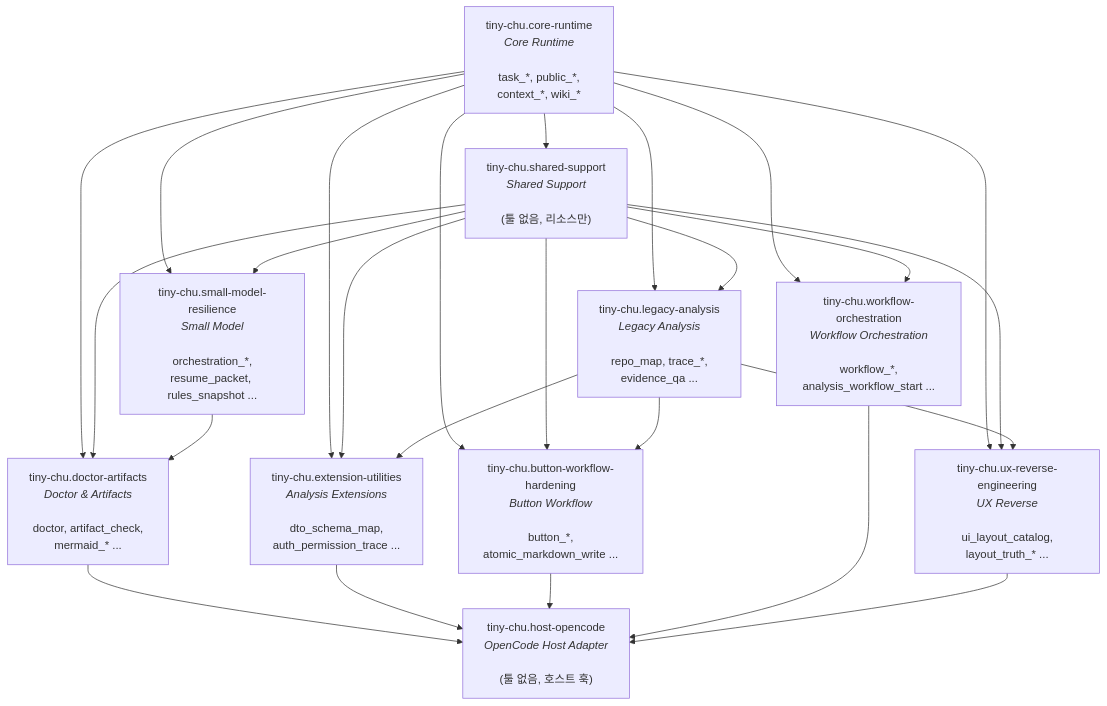
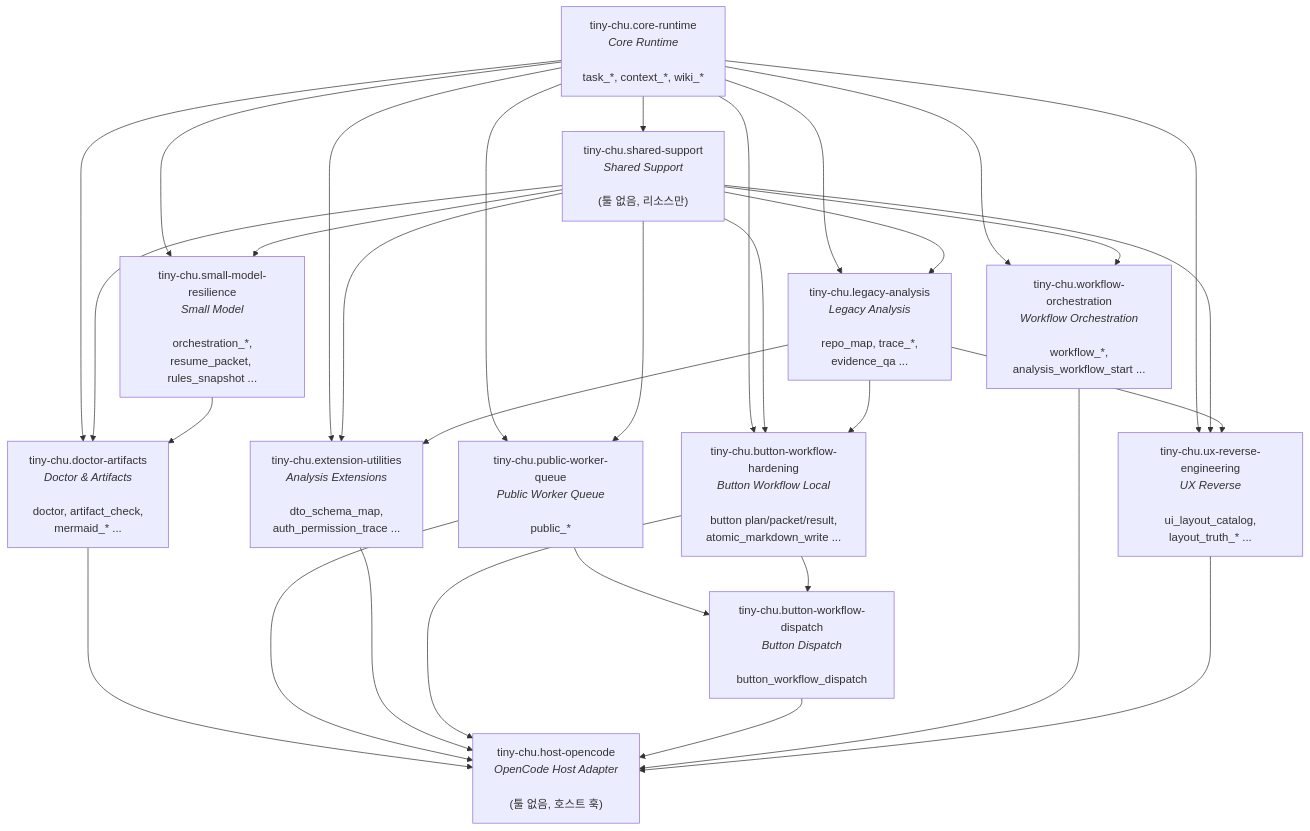
One commit to WonderRabbit/Tiny-Chu changed the diagram in docs/architecture/03-feature-packages.md. Above: the diagram before and after it, drawn with Mermaid. The commit also changed other lines of this file and 41 other files, not shown here.

First line of the commit message:
feat(opencode): add Tiny-Chu status dashboard

````diff
--- a/docs/architecture/03-feature-packages.md
+++ b/docs/architecture/03-feature-packages.md
@@ -48,38 +48,46 @@
 ```mermaid
 flowchart TD
-    core["tiny-chu.core-runtime<br/><i>Core Runtime</i><br/><br/>task_*, public_*,<br/>context_*, wiki_*"]
+    core["tiny-chu.core-runtime<br/><i>Core Runtime</i><br/><br/>task_*, context_*, wiki_*"]
+    public["tiny-chu.public-worker-queue<br/><i>Public Worker Queue</i><br/><br/>public_*"]
     support["tiny-chu.shared-support<br/><i>Shared Support</i><br/><br/>(툴 없음, 리소스만)"]
     legacy["tiny-chu.legacy-analysis<br/><i>Legacy Analysis</i><br/><br/>repo_map, trace_*,<br/>evidence_qa ..."]
     ext["tiny-chu.extension-utilities<br/><i>Analysis Extensions</i><br/><br/>dto_schema_map,<br/>auth_permission_trace ..."]
-    button["tiny-chu.button-workflow-hardening<br/><i>Button Workflow</i><br/><br/>button_*,<br/>atomic_markdown_write ..."]
+    button["tiny-chu.button-workflow-hardening<br/><i>Button Workflow Local</i><br/><br/>button plan/packet/result,<br/>atomic_markdown_write ..."]
+    buttonDispatch["tiny-chu.button-workflow-dispatch<br/><i>Button Dispatch</i><br/><br/>button_workflow_dispatch"]
     workflow["tiny-chu.workflow-orchestration<br/><i>Workflow Orchestration</i><br/><br/>workflow_*,<br/>analysis_workflow_start ..."]
     small["tiny-chu.small-model-resilience<br/><i>Small Model</i><br/><br/>orchestration_*,<br/>resume_packet, rules_snapshot ..."]
     ux["tiny-chu.ux-reverse-engineering<br/><i>UX Reverse</i><br/><br/>ui_layout_catalog,<br/>layout_truth_* ..."]
     doctor["tiny-chu.doctor-artifacts<br/><i>Doctor & Artifacts</i><br/><br/>doctor, artifact_check,<br/>mermaid_* ..."]
     host["tiny-chu.host-opencode<br/><i>OpenCode Host Adapter</i><br/><br/>(툴 없음, 호스트 훅)"]
 
     core --> support
+    core --> public
+    support --> public
     core --> legacy
     support --> legacy
     core --> ext
     support --> ext
     legacy --> ext
     core --> workflow
     support --> workflow
     core --> button
     support --> button
     legacy --> button
+    public --> buttonDispatch
+    button --> buttonDispatch
     core --> small
     support --> small
     core --> ux
     support --> ux
     legacy --> ux
     core --> doctor
     support --> doctor
     small --> doctor
     doctor --> host
+    public --> host
     ext --> host
     button --> host
+    buttonDispatch --> host
     workflow --> host
     ux --> host
 ```
````
